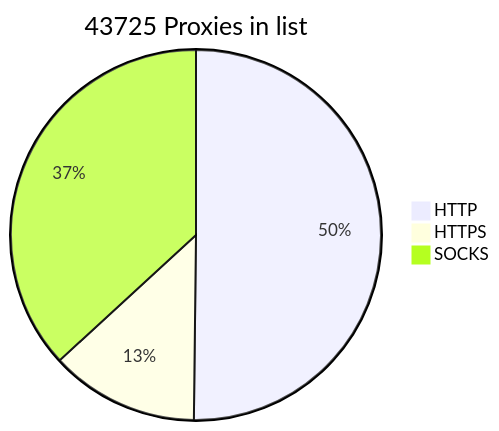
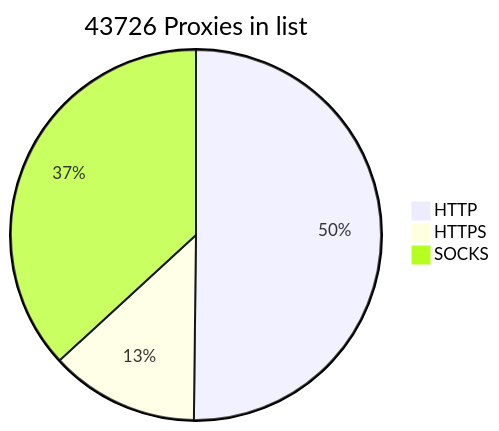
Before and after one commit to BlackSnowDot/proxylist-update-every-minute: the diagram in README.md, drawn with Mermaid.

````diff
--- a/README.md
+++ b/README.md
@@ -2,6 +2,6 @@
 ```mermaid
-pie title 43725 Proxies in list
-    "HTTP" : 24440
-    "HTTPS": 6324
+pie title 43726 Proxies in list
+    "HTTP" : 24441
+    "HTTPS": 6326
     "SOCKS" : 17938
 ```
````
